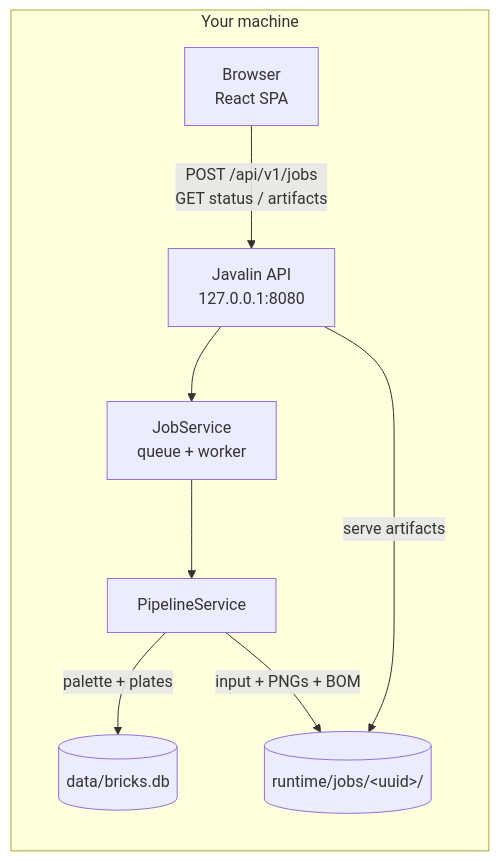
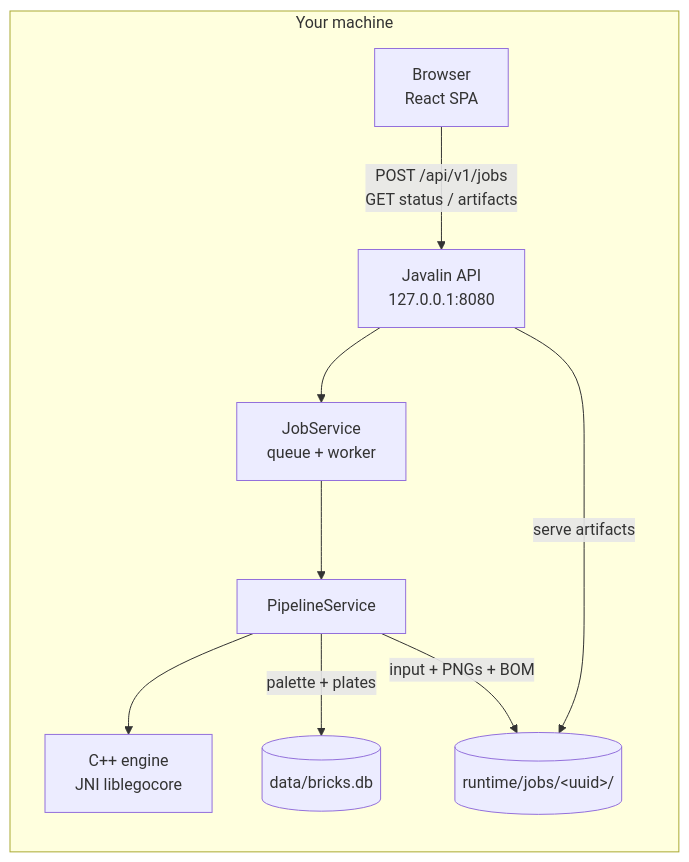
Before and after one commit to WesJennings/LegoPictureGenerator: the first of 7 diagrams in ARCHITECTURE.md, drawn with Mermaid. The commit also changed other lines of this file and 44 other files, not shown here.

First line of the commit message:
Port mosaic engine to C++ behind JNI

````diff
--- a/ARCHITECTURE.md
+++ b/ARCHITECTURE.md
@@ -13,18 +14,20 @@
 ```mermaid
 flowchart LR
   subgraph machine["Your machine"]
     Browser["Browser<br/>React SPA"]
     API["Javalin API<br/>127.0.0.1:8080"]
     Jobs["JobService<br/>queue + worker"]
     Pipe["PipelineService"]
+    Native["C++ engine<br/>JNI liblegocore"]
     DB[("data/bricks.db")]
     Disk[("runtime/jobs/&lt;uuid&gt;/")]
 
     Browser -->|"POST /api/v1/jobs<br/>GET status / artifacts"| API
     API --> Jobs
     Jobs --> Pipe
+    Pipe --> Native
     Pipe -->|palette + plates| DB
     Pipe -->|input + PNGs + BOM| Disk
     API -->|serve artifacts| Disk
   end
 ```
````
